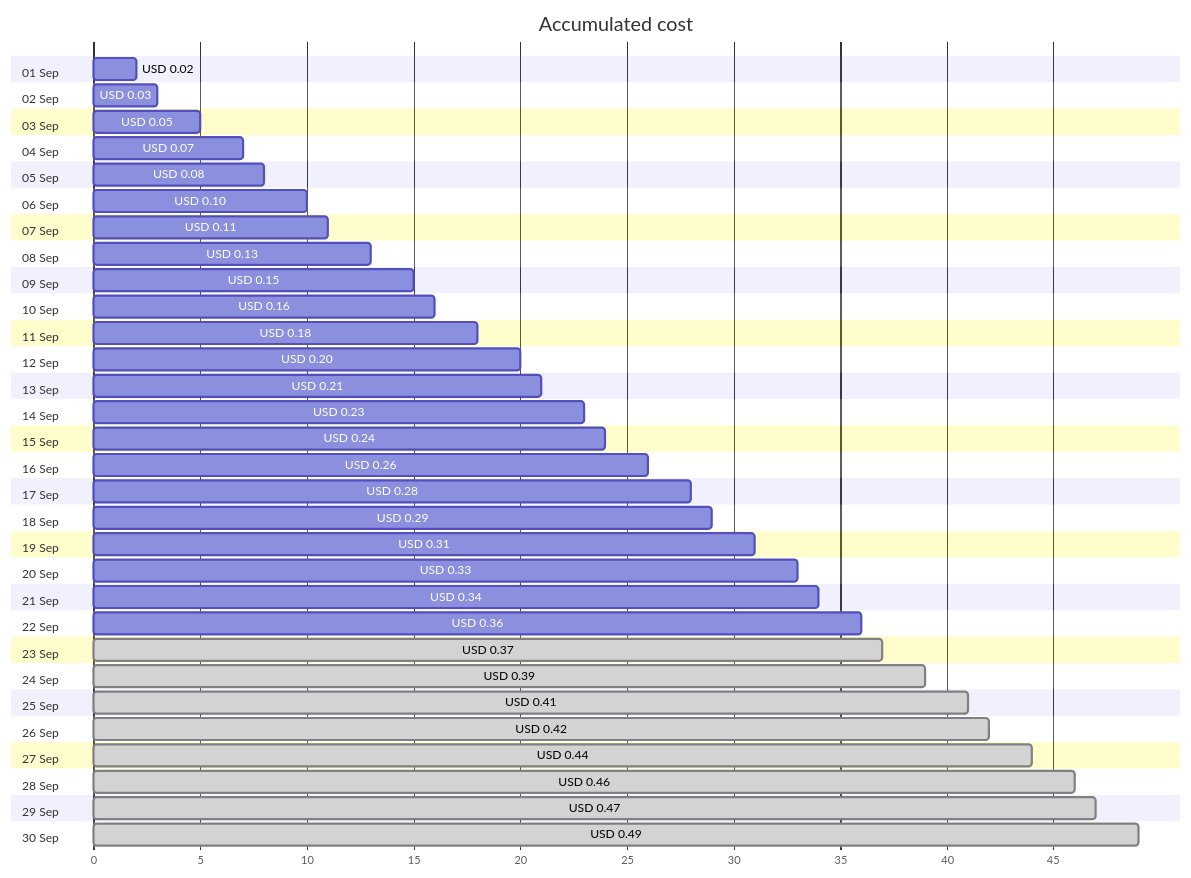
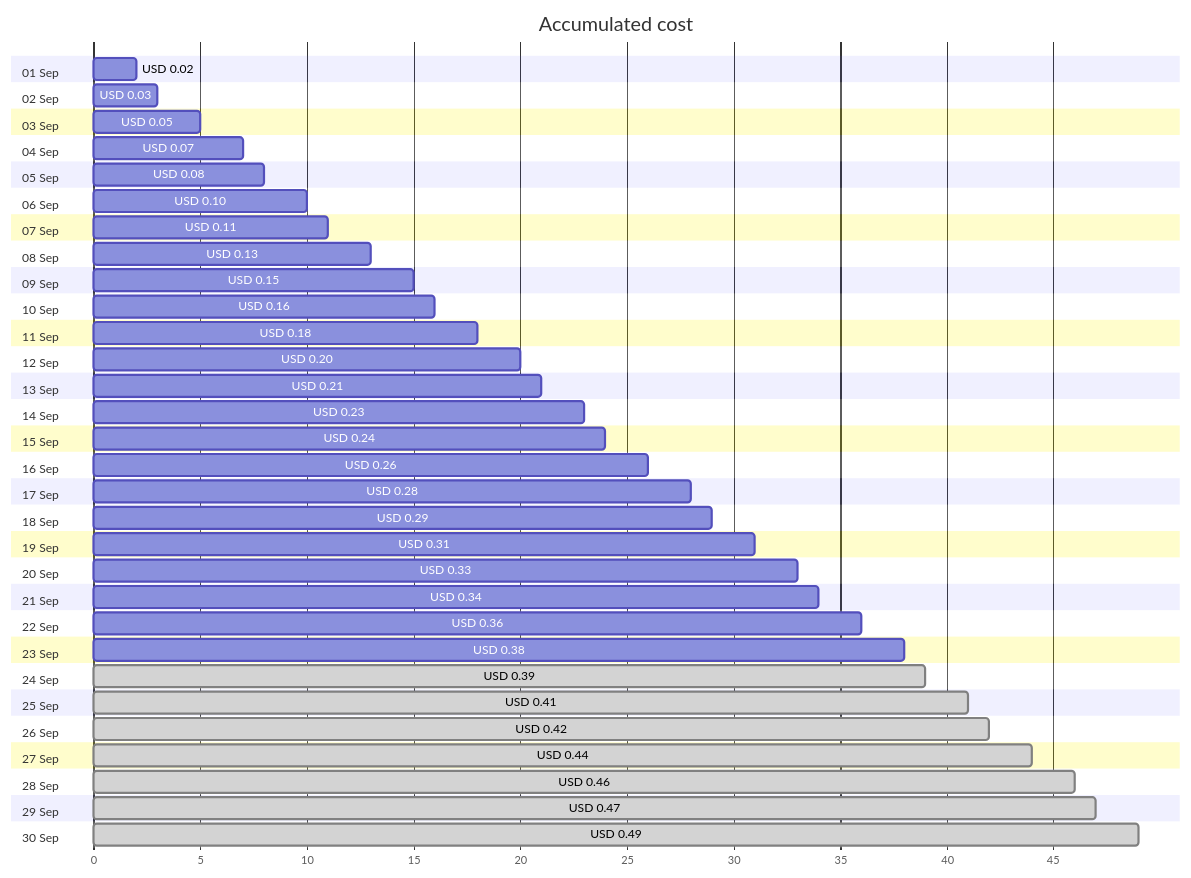
Before and after one commit to jpfulton/azure-personal-reports: the first of 4 diagrams in cost-reports/personal-dns/jpatrickfulton.com.md, drawn with Mermaid. The commit also changed other lines of this file and 2 other files, not shown here.

````diff
--- a/cost-reports/personal-dns/jpatrickfulton.com.md
+++ b/cost-reports/personal-dns/jpatrickfulton.com.md
@@ -20,66 +20,66 @@
 ```mermaid
 gantt
    title Accumulated cost
    dateFormat  X
    axisFormat %s
    section 01 Sep
    USD 0.02 :0, 2
    section 02 Sep
    USD 0.03 :0, 3
    section 03 Sep
    USD 0.05 :0, 5
    section 04 Sep
    USD 0.07 :0, 7
    section 05 Sep
    USD 0.08 :0, 8
    section 06 Sep
    USD 0.10 :0, 10
    section 07 Sep
    USD 0.11 :0, 11
    section 08 Sep
    USD 0.13 :0, 13
    section 09 Sep
    USD 0.15 :0, 15
    section 10 Sep
    USD 0.16 :0, 16
    section 11 Sep
    USD 0.18 :0, 18
    section 12 Sep
    USD 0.20 :0, 20
    section 13 Sep
    USD 0.21 :0, 21
    section 14 Sep
    USD 0.23 :0, 23
    section 15 Sep
    USD 0.24 :0, 24
    section 16 Sep
    USD 0.26 :0, 26
    section 17 Sep
    USD 0.28 :0, 28
    section 18 Sep
    USD 0.29 :0, 29
    section 19 Sep
    USD 0.31 :0, 31
    section 20 Sep
    USD 0.33 :0, 33
    section 21 Sep
    USD 0.34 :0, 34
    section 22 Sep
    USD 0.36 :0, 36
    section 23 Sep
-   USD 0.37 : done, 0, 37
+   USD 0.38 :0, 38
    section 24 Sep
    USD 0.39 : done, 0, 39
    section 25 Sep
    USD 0.41 : done, 0, 41
    section 26 Sep
    USD 0.42 : done, 0, 42
    section 27 Sep
    USD 0.44 : done, 0, 44
    section 28 Sep
    USD 0.46 : done, 0, 46
    section 29 Sep
    USD 0.47 : done, 0, 47
    section 30 Sep
    USD 0.49 : done, 0, 49
 ```
````
